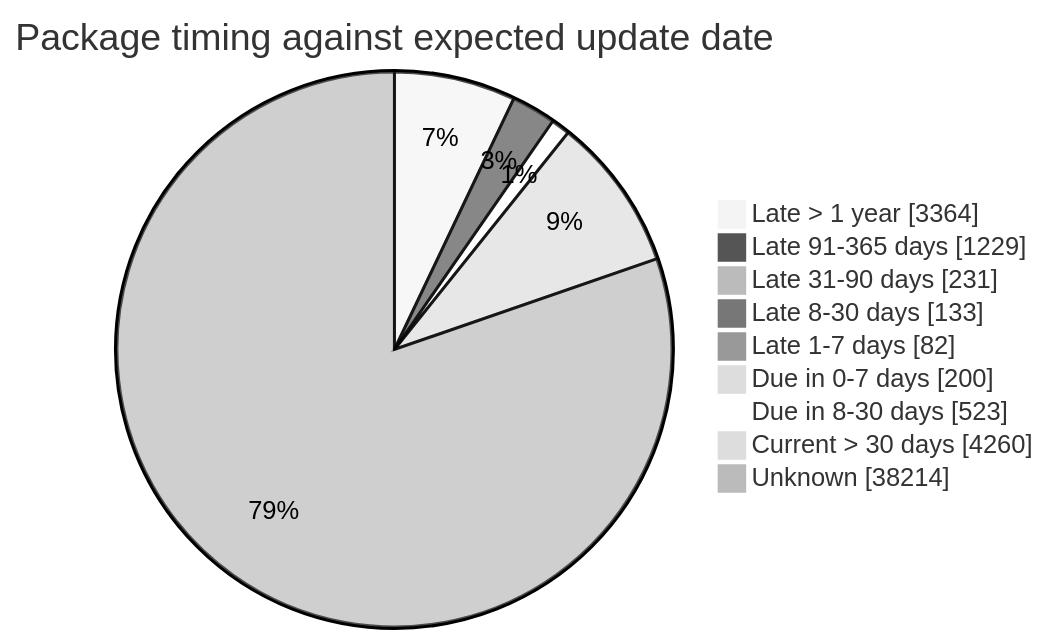
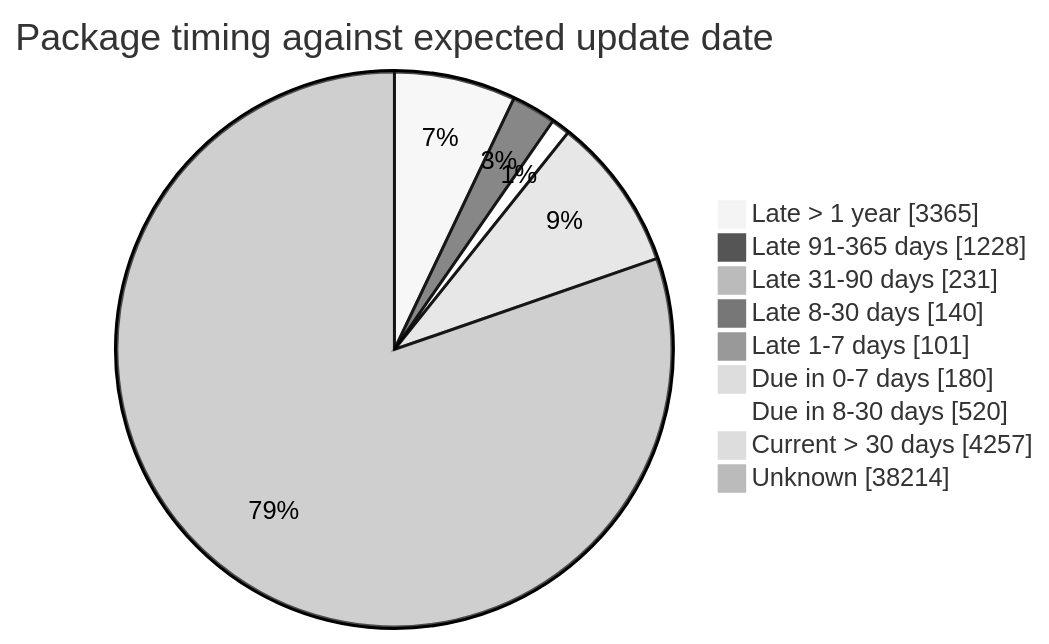
One commit to open-data/analytics-corporate-reporting changed the fourth of 5 diagrams in FreshCheck/README.md. Above: the diagram before and after it, drawn with Mermaid (neutral theme). The commit also changed other lines of this file and 3 other files, not shown here.

````diff
--- a/FreshCheck/README.md
+++ b/FreshCheck/README.md
@@ -86,12 +86,12 @@
 ```mermaid
 pie showData title Package timing against expected update date
-    "Late > 1 year": 3364
-    "Late 91-365 days": 1229
+    "Late > 1 year": 3365
+    "Late 91-365 days": 1228
     "Late 31-90 days": 231
-    "Late 8-30 days": 133
-    "Late 1-7 days": 82
-    "Due in 0-7 days": 200
-    "Due in 8-30 days": 523
-    "Current > 30 days": 4260
+    "Late 8-30 days": 140
+    "Late 1-7 days": 101
+    "Due in 0-7 days": 180
+    "Due in 8-30 days": 520
+    "Current > 30 days": 4257
     "Unknown": 38214
 ```
````
